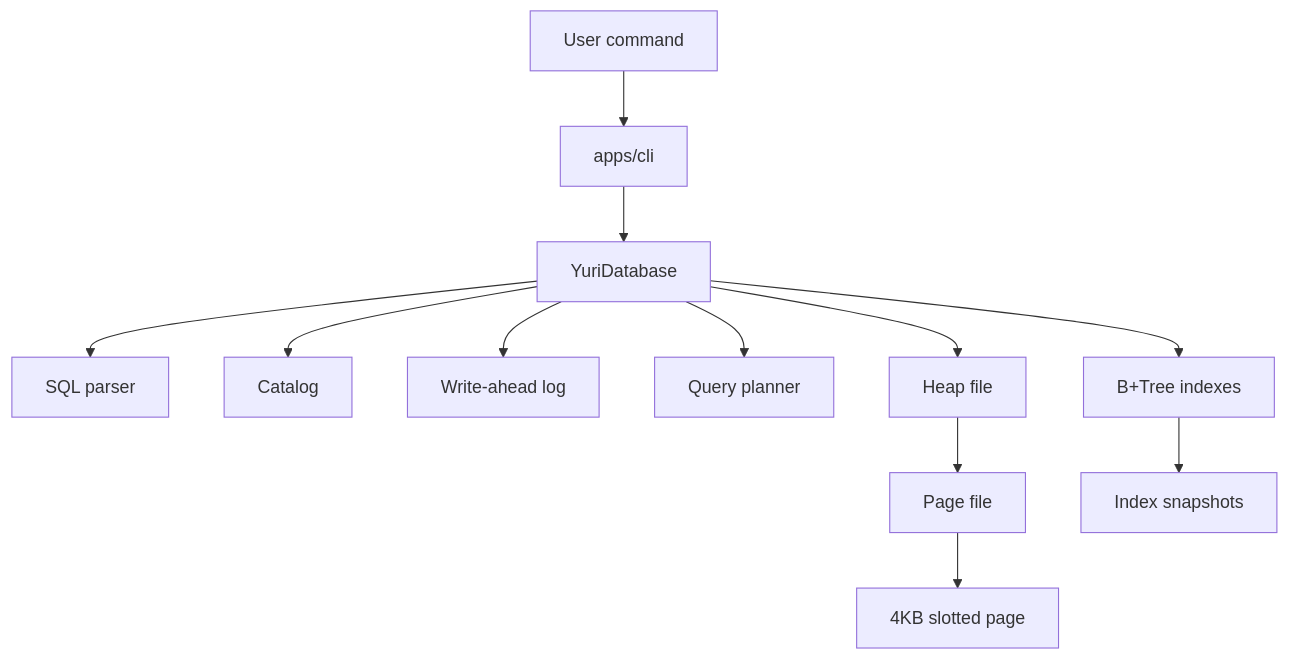
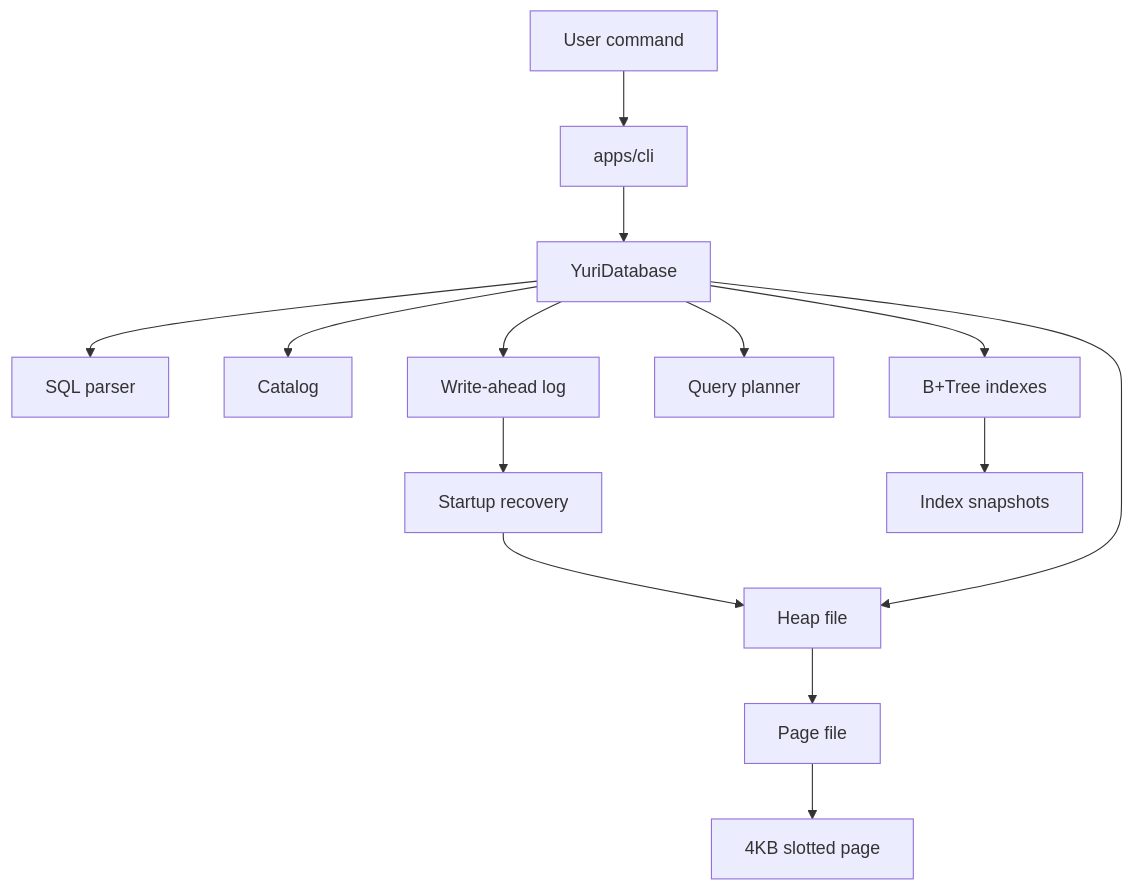
One commit to yuribarbosacouto/yuri-db-lab changed the diagram in docs/ARCHITECTURE.md. Above: the diagram before and after it, drawn with Mermaid. The commit also changed other lines of this file and 16 other files, not shown here.

Commit message:
Add startup WAL recovery

````diff
--- a/docs/ARCHITECTURE.md
+++ b/docs/ARCHITECTURE.md
@@ -7,14 +7,16 @@
 ```mermaid
 flowchart TD
   User["User command"] --> CLI["apps/cli"]
   CLI --> Database["YuriDatabase"]
   Database --> Parser["SQL parser"]
   Database --> Catalog["Catalog"]
   Database --> Wal["Write-ahead log"]
+  Wal --> Recovery["Startup recovery"]
+  Recovery --> Heap
   Database --> Planner["Query planner"]
   Database --> Heap["Heap file"]
   Heap --> PageFile["Page file"]
   PageFile --> SlottedPage["4KB slotted page"]
   Database --> BTree["B+Tree indexes"]
   BTree --> Snapshot["Index snapshots"]
 ```
````
